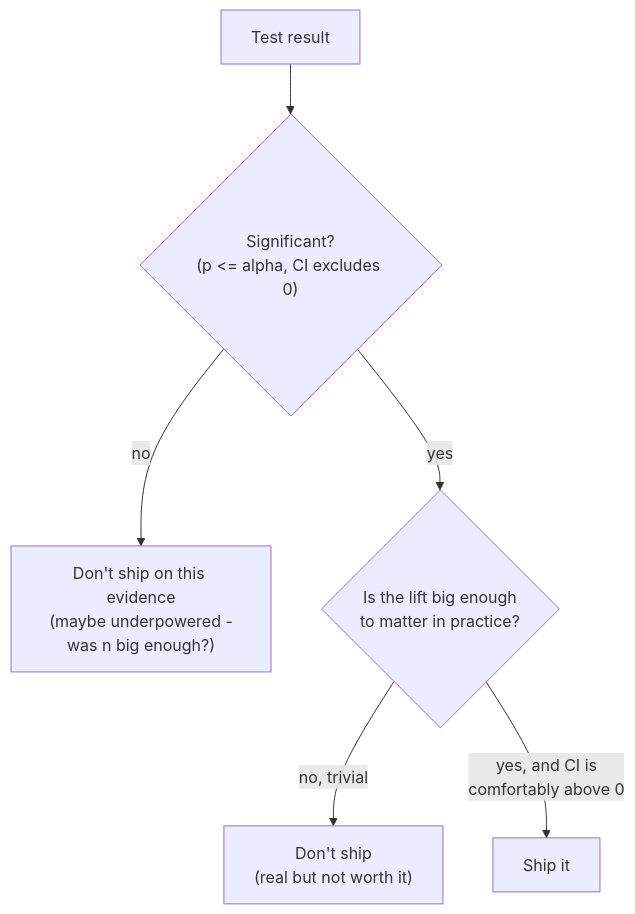
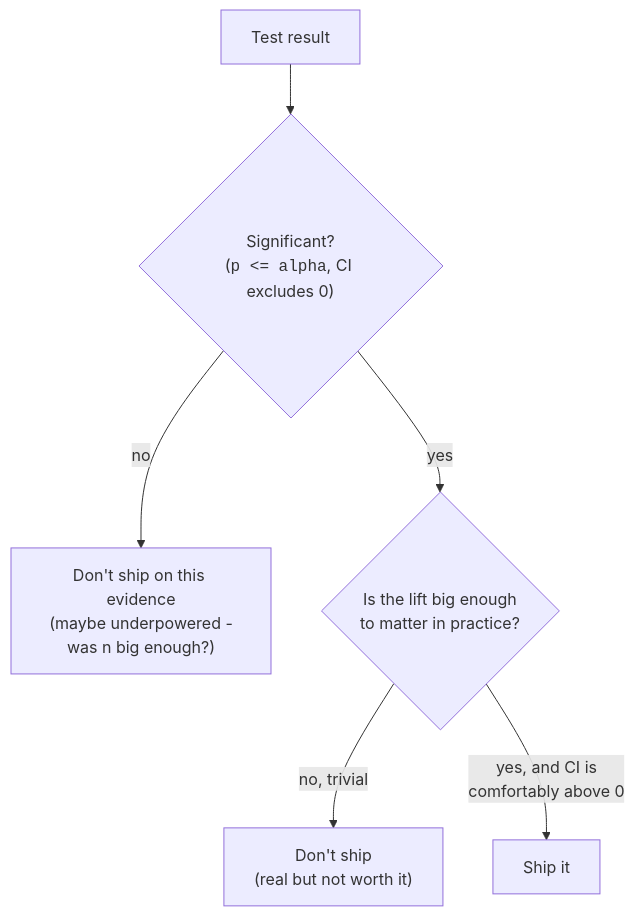
One commit to dataslope/dataslope changed the second of 3 diagrams in content/learn/statistics-for-data-science-python/ab-testing.mdx. Above: the diagram before and after it, drawn with Mermaid. The commit also changed 56 other files, not shown here.

````diff
--- a/content/learn/statistics-for-data-science-python/ab-testing.mdx
+++ b/content/learn/statistics-for-data-science-python/ab-testing.mdx
@@ -268,8 +268,8 @@
 ```mermaid
 flowchart TD
-  A["Test result"] --> B{"Significant?<br/>(p <= alpha, CI excludes 0)"}
+  A["Test result"] --> B{"Significant?<br/>(<code>p &lt;= alpha</code>, CI excludes 0)"}
   B -->|"no"| C["Don't ship on this evidence<br/>(maybe underpowered -<br/>was n big enough?)"]
   B -->|"yes"| D{"Is the lift big enough<br/>to matter in practice?"}
   D -->|"no, trivial"| E["Don't ship<br/>(real but not worth it)"]
   D -->|"yes, and CI is<br/>comfortably above 0"| F["Ship it"]
 ```
````
